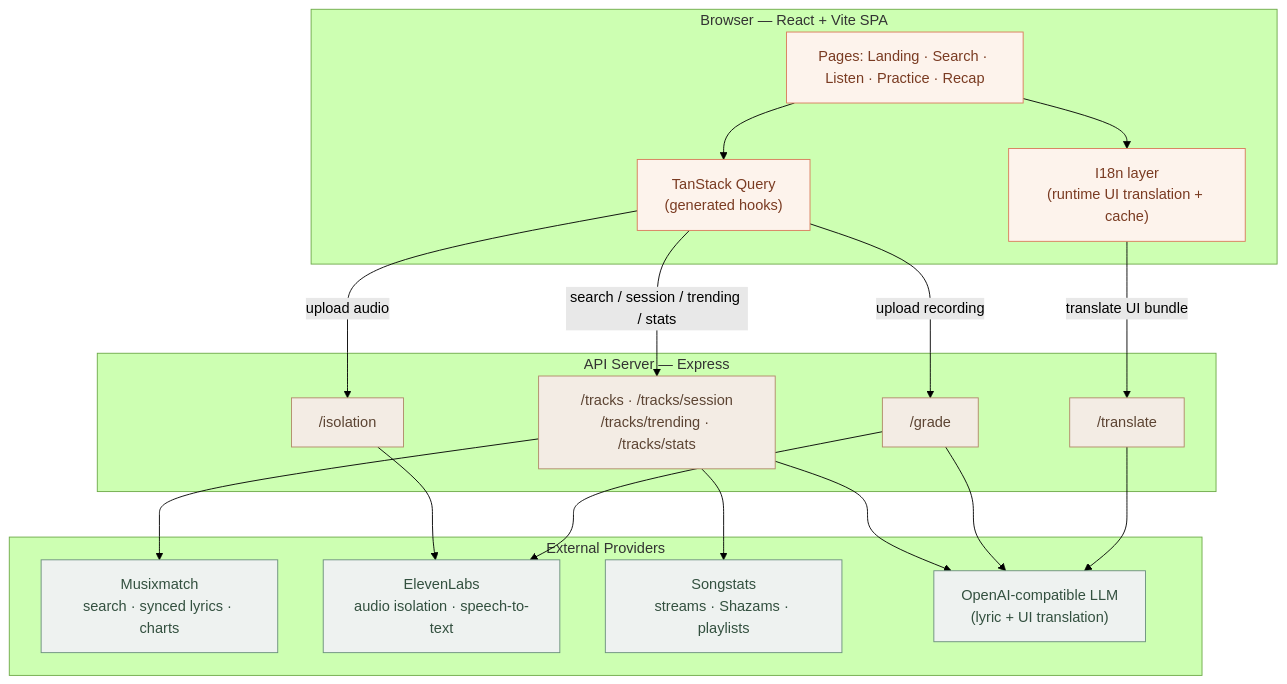
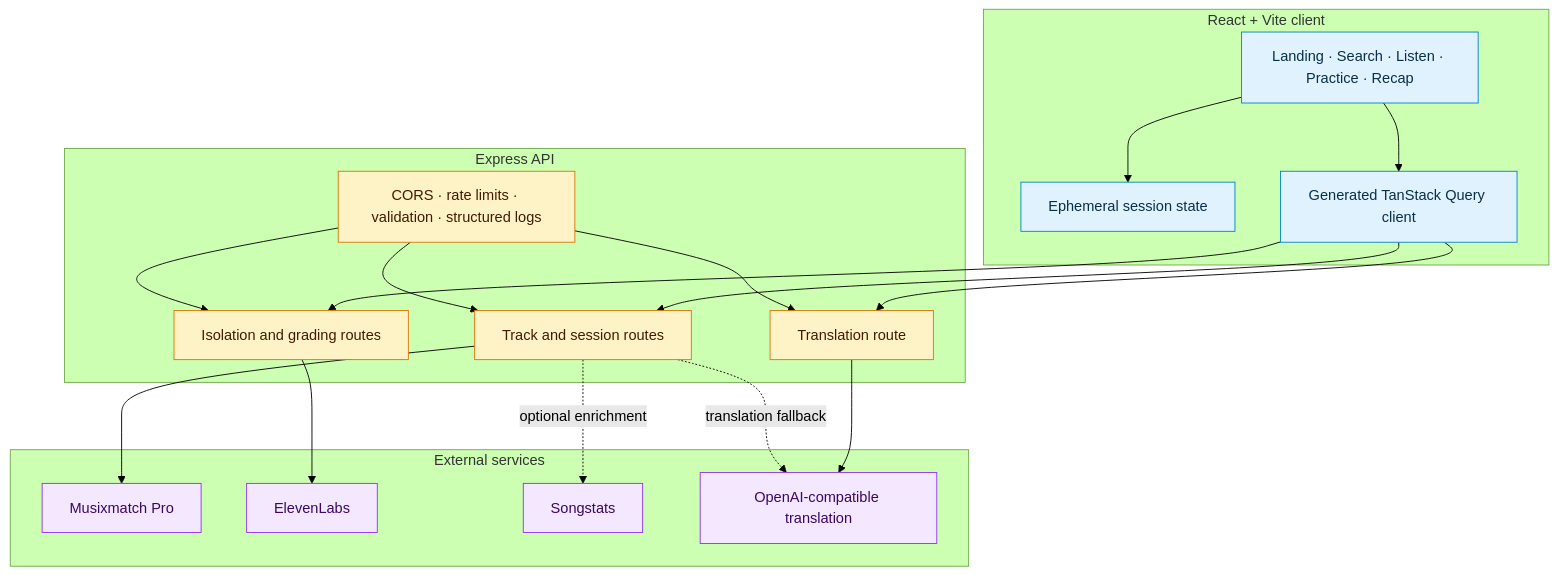
Before and after one commit to NikhilRaikwar/Voxara: the second of 2 diagrams in README.md, drawn with Mermaid (forest theme). The commit also changed other lines of this file, not shown here.

````diff
--- a/README.md
+++ b/README.md
@@ -58,44 +132,43 @@
 ```mermaid
-flowchart TD
-    subgraph Browser["Browser — React + Vite SPA"]
-        UI["Pages: Landing · Search · Listen · Practice · Recap"]
-        I18N["I18n layer<br/>(runtime UI translation + cache)"]
-        Q["TanStack Query<br/>(generated hooks)"]
-        UI --> I18N
-        UI --> Q
+flowchart TB
+    subgraph Client["React + Vite client"]
+      Pages["Landing · Search · Listen · Practice · Recap"]
+      State["Ephemeral session state"]
+      Query["Generated TanStack Query client"]
+      Pages --> State
+      Pages --> Query
     end
 
-    subgraph API["API Server — Express"]
-        R1["/tracks · /tracks/session<br/>/tracks/trending · /tracks/stats"]
-        R2["/isolation"]
-        R3["/grade"]
-        R4["/translate"]
+    subgraph Server["Express API"]
+      Tracks["Track and session routes"]
+      Audio["Isolation and grading routes"]
+      Translate["Translation route"]
+      Guards["CORS · rate limits · validation · structured logs"]
+      Guards --> Tracks
+      Guards --> Audio
+      Guards --> Translate
     end
 
-    subgraph Providers["External Providers"]
-        MXM["Musixmatch<br/>search · synced lyrics · charts"]
-        EL["ElevenLabs<br/>audio isolation · speech-to-text"]
-        SS["Songstats<br/>streams · Shazams · playlists"]
-        AI["OpenAI-compatible LLM<br/>(lyric + UI translation)"]
+    subgraph Providers["External services"]
+      Musixmatch["Musixmatch Pro"]
+      ElevenLabs["ElevenLabs"]
+      Songstats["Songstats"]
+      OpenAI["OpenAI-compatible translation"]
     end
 
-    Q -->|"search / session / trending / stats"| R1
-    Q -->|"upload audio"| R2
-    Q -->|"upload recording"| R3
-    I18N -->|"translate UI bundle"| R4
+    Query --> Tracks
+    Query --> Audio
+    Query --> Translate
+    Tracks --> Musixmatch
+    Tracks -. "optional enrichment" .-> Songstats
+    Tracks -. "translation fallback" .-> OpenAI
+    Audio --> ElevenLabs
+    Translate --> OpenAI
 
-    R1 --> MXM
-    R1 --> SS
-    R1 --> AI
-    R2 --> EL
-    R3 --> EL
-    R3 --> AI
-    R4 --> AI
-
-    classDef browser fill:#fdf3ec,stroke:#d97b5a,color:#7a3b22;
-    classDef api fill:#f3ece4,stroke:#b08968,color:#5c4433;
-    classDef prov fill:#eef2f0,stroke:#6b8f7d,color:#33503f;
-    class UI,I18N,Q browser;
-    class R1,R2,R3,R4 api;
-    class MXM,EL,SS,AI prov;
+    classDef client fill:#E0F2FE,stroke:#0284C7,color:#082F49;
+    classDef server fill:#FEF3C7,stroke:#D97706,color:#451A03;
+    classDef provider fill:#F3E8FF,stroke:#9333EA,color:#3B0764;
+    class Pages,State,Query client;
+    class Tracks,Audio,Translate,Guards server;
+    class Musixmatch,ElevenLabs,Songstats,OpenAI provider;
 ```
````
